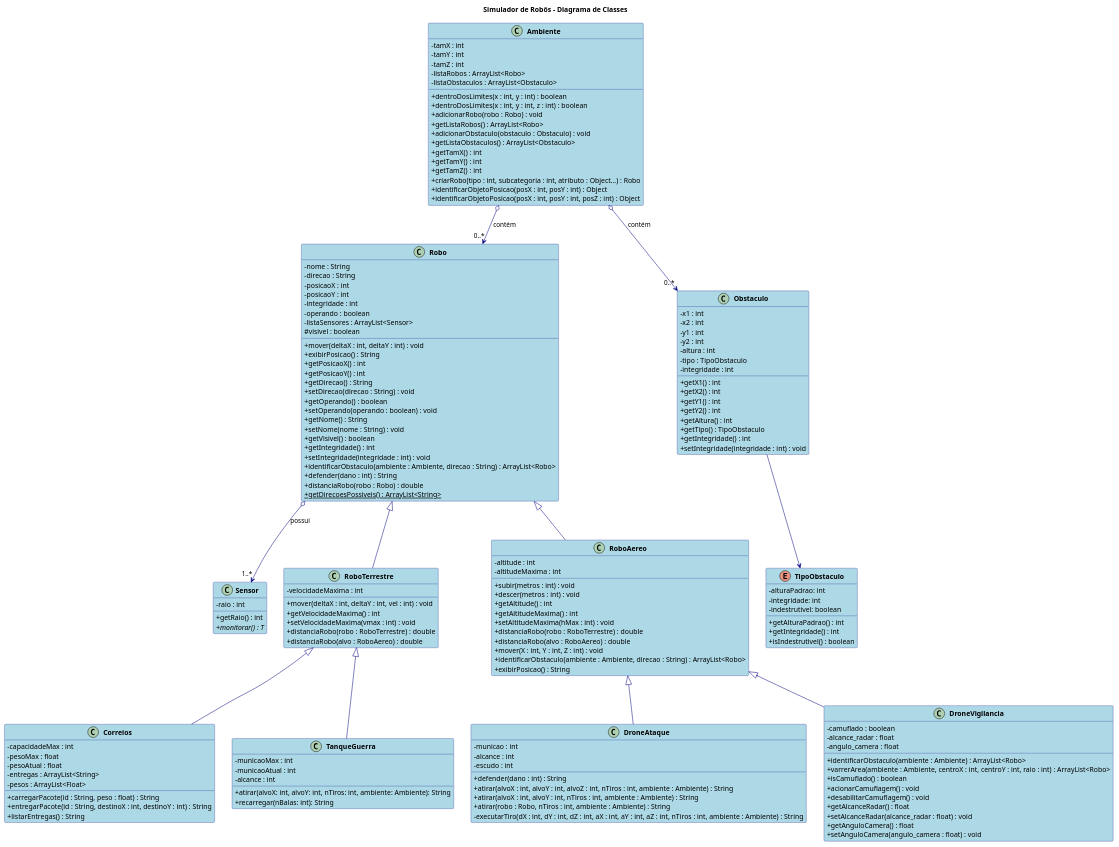
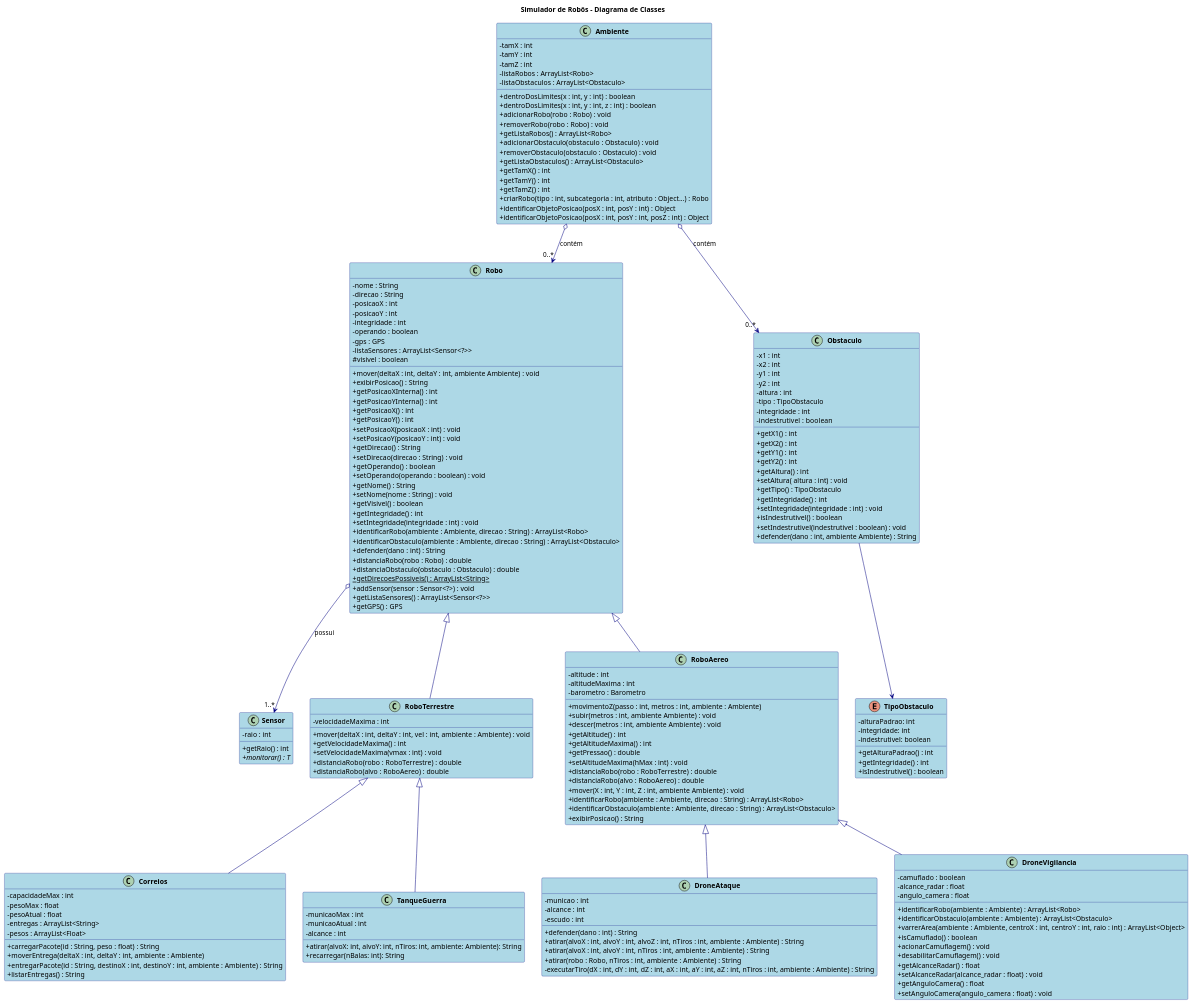
The diagram in Lab03/UML/Simulador.puml (GiizAzul/Allan_Giovana_MC322), drawn with PlantUML before and after one commit.

Commit message:
atualização UML

```diff
--- a/Lab03/UML/Simulador.puml
+++ b/Lab03/UML/Simulador.puml
@@ -35,12 +35,17 @@
   - posicaoY : int
   - integridade : int
   - operando : boolean
-  - listaSensores : ArrayList<Sensor>
+  - gps : GPS
+  - listaSensores : ArrayList<Sensor<?>>
   # visivel : boolean
-  + mover(deltaX : int, deltaY : int) : void
+  + mover(deltaX : int, deltaY : int, ambiente Ambiente) : void
   + exibirPosicao() : String
+  + getPosicaoXInterna() : int
+  + getPosicaoYInterna() : int
   + getPosicaoX() : int
   + getPosicaoY() : int
+  + setPosicaoX(posicaoX : int) : void
+  + setPosicaoY(posicaoY : int) : void
   + getDirecao() : String
   + setDirecao(direcao : String) : void
   + getOperando() : boolean
@@ -50,16 +55,21 @@
   + getVisivel() : boolean
   + getIntegridade() : int
   + setIntegridade(integridade : int) : void
-  + identificarObstaculo(ambiente : Ambiente, direcao : String) : ArrayList<Robo>
+  + identificarRobo(ambiente : Ambiente, direcao : String) : ArrayList<Robo>
+  + identificarObstaculo(ambiente : Ambiente, direcao : String) : ArrayList<Obstaculo>
   + defender(dano : int) : String
   + distanciaRobo(robo : Robo) : double
+  + distanciaObstaculo(obstaculo : Obstaculo) : double
   + {static} getDirecoesPossiveis() : ArrayList<String>
+  + addSensor(sensor : Sensor<?>) : void
+  + getListaSensores() : ArrayList<Sensor<?>>
+  + getGPS() : GPS
 }
 
 ' Classe RoboTerrestre
 class RoboTerrestre {
   - velocidadeMaxima : int
-  + mover(deltaX : int, deltaY : int, vel : int) : void
+  + mover(deltaX : int, deltaY : int, vel : int, ambiente : Ambiente) : void
   + getVelocidadeMaxima() : int
   + setVelocidadeMaxima(vmax : int) : void
   + distanciaRobo(robo : RoboTerrestre) : double
@@ -70,15 +80,19 @@
 class RoboAereo {
   - altitude : int
   - altitudeMaxima : int
-  + subir(metros : int) : void
-  + descer(metros : int) : void
+  - barometro : Barometro
+  + movimentoZ(passo : int, metros : int, ambiente : Ambiente)
+  + subir(metros : int, ambiente Ambiente) : void
+  + descer(metros : int, ambiente Ambiente) : void
   + getAltitude() : int
   + getAltitudeMaxima() : int
+  + getPressao() : double
   + setAltitudeMaxima(hMax : int) : void
   + distanciaRobo(robo : RoboTerrestre) : double
   + distanciaRobo(alvo : RoboAereo) : double
-  + mover(X : int, Y : int, Z : int) : void
-  + identificarObstaculo(ambiente : Ambiente, direcao : String) : ArrayList<Robo>
+  + mover(X : int, Y : int, Z : int, ambiente Ambiente) : void
+  + identificarRobo(ambiente : Ambiente, direcao : String) : ArrayList<Robo>
+  + identificarObstaculo(ambiente : Ambiente, direcao : String) : ArrayList<Obstaculo>
   + exibirPosicao() : String
 }
 
@@ -90,7 +104,8 @@
   - entregas : ArrayList<String>
   - pesos : ArrayList<Float>
   + carregarPacote(id : String, peso : float) : String
-  + entregarPacote(id : String, destinoX : int, destinoY : int) : String
+  + moverEntrega(deltaX : int, deltaY : int, ambiente : Ambiente)
+  + entregarPacote(id : String, destinoX : int, destinoY : int, ambiente : Ambiente) : String
   + listarEntregas() : String
 }
 
@@ -120,8 +135,9 @@
   - camuflado : boolean
   - alcance_radar : float
   - angulo_camera : float
-  + identificarObstaculo(ambiente : Ambiente) : ArrayList<Robo>
-  + varrerArea(ambiente : Ambiente, centroX : int, centroY : int, raio : int) : ArrayList<Robo>
+  + identificarRobo(ambiente : Ambiente) : ArrayList<Robo>
+  + identificarObstaculo(ambiente : Ambiente) : ArrayList<Obstaculo>
+  + varrerArea(ambiente : Ambiente, centroX : int, centroY : int, raio : int) : ArrayList<Object>
   + isCamuflado() : boolean
   + acionarCamuflagem() : void
   + desabilitarCamuflagem() : void
@@ -140,14 +156,19 @@
   - altura : int
   - tipo : TipoObstaculo
   - integridade : int
+  - indestrutivel :  boolean
   + getX1() : int
   + getX2() : int
   + getY1() : int
   + getY2() : int
   + getAltura() : int
+  + setAltura( altura : int) : void
   + getTipo() : TipoObstaculo
   + getIntegridade() : int
   + setIntegridade(integridade : int) : void
+  + isIndestrutivel() : boolean
+  + setIndestrutivel(indestrutivel : boolean) : void
+  + defender(dano : int, ambiente Ambiente) : String
 }
 
 ' Classe Ambiente
@@ -160,8 +181,10 @@
   + dentroDosLimites(x : int, y : int) : boolean
   + dentroDosLimites(x : int, y : int, z : int) : boolean
   + adicionarRobo(robo : Robo) : void
+  + removerRobo(robo : Robo) : void
   + getListaRobos() : ArrayList<Robo>
   + adicionarObstaculo(obstaculo : Obstaculo) : void
+  + removerObstaculo(obstaculo : Obstaculo) : void
   + getListaObstaculos() : ArrayList<Obstaculo>
   + getTamX() : int
   + getTamY() : int
```
